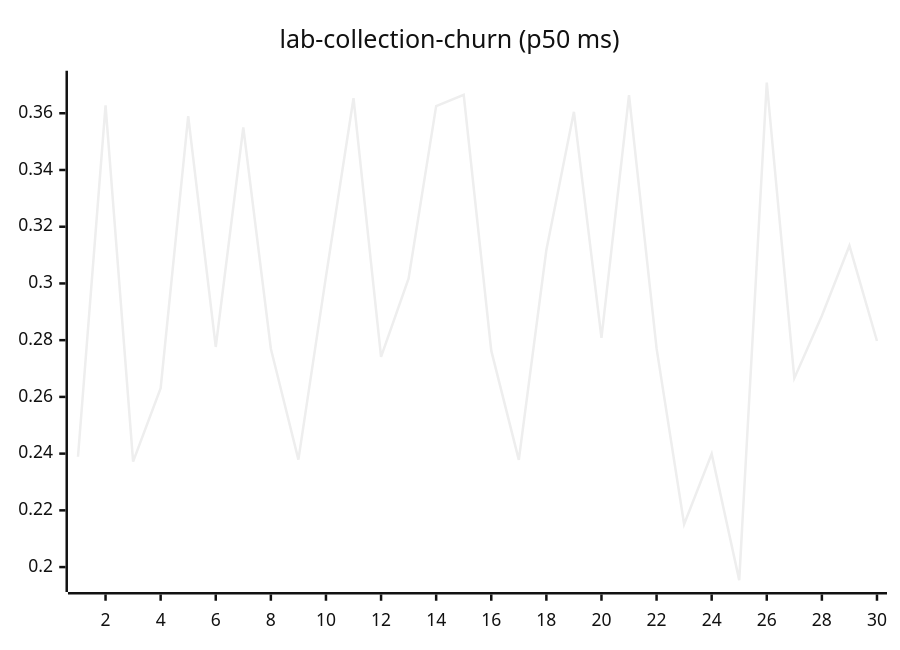
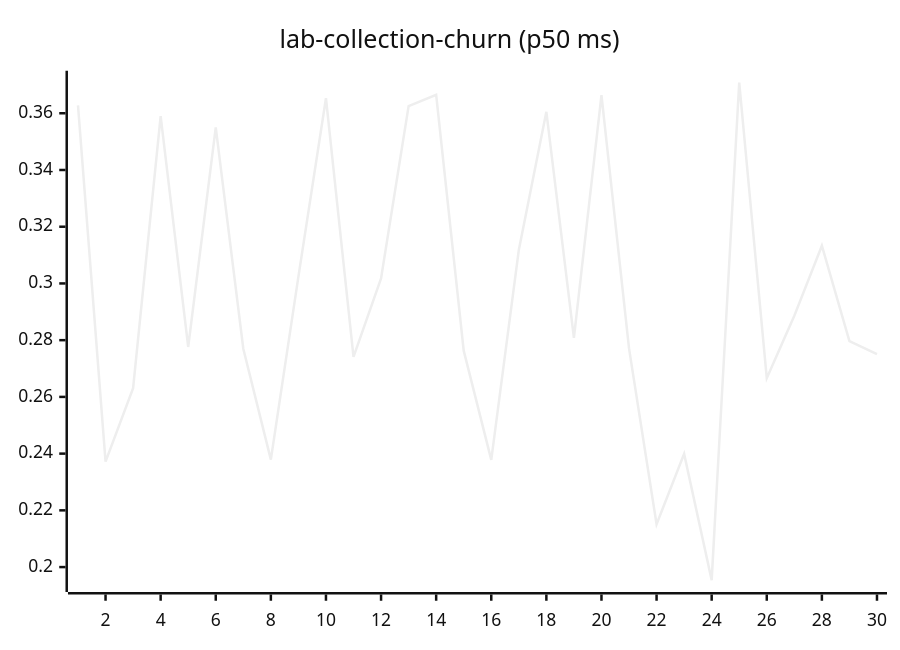
One commit to josha/Facet changed diagram 11 of 27 in README.md. Above: the diagram before and after it, drawn with Mermaid (neutral theme). The commit also changed other lines of this file and 2 other files, not shown here.

````diff
--- a/README.md
+++ b/README.md
@@ -133,6 +133,6 @@
 ```mermaid
 xychart-beta
     title "lab-collection-churn (p50 ms)"
     x-axis 1 --> 30
-    line [0.2389, 0.3628, 0.2372, 0.2631, 0.3590, 0.2776, 0.3550, 0.2770, 0.2379, 0.3024, 0.3653, 0.2741, 0.3018, 0.3625, 0.3665, 0.2763, 0.2378, 0.3118, 0.3605, 0.2808, 0.3664, 0.2771, 0.2151, 0.2399, 0.1954, 0.3708, 0.2666, 0.2886, 0.3133, 0.2797]
+    line [0.3628, 0.2372, 0.2631, 0.3590, 0.2776, 0.3550, 0.2770, 0.2379, 0.3024, 0.3653, 0.2741, 0.3018, 0.3625, 0.3665, 0.2763, 0.2378, 0.3118, 0.3605, 0.2808, 0.3664, 0.2771, 0.2151, 0.2399, 0.1954, 0.3708, 0.2666, 0.2886, 0.3133, 0.2797, 0.2751]
 ```
````
